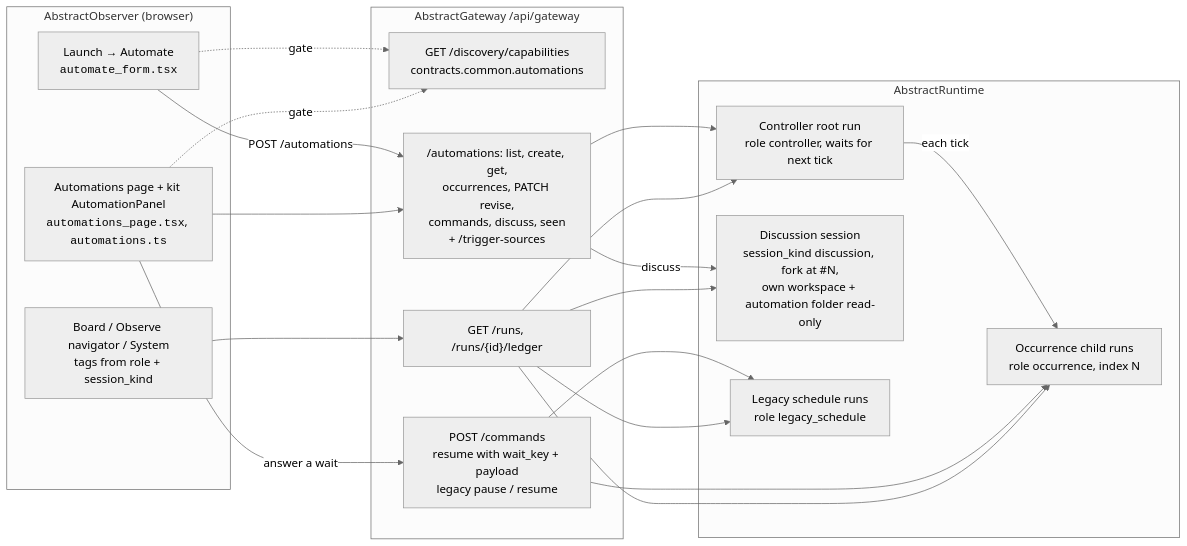
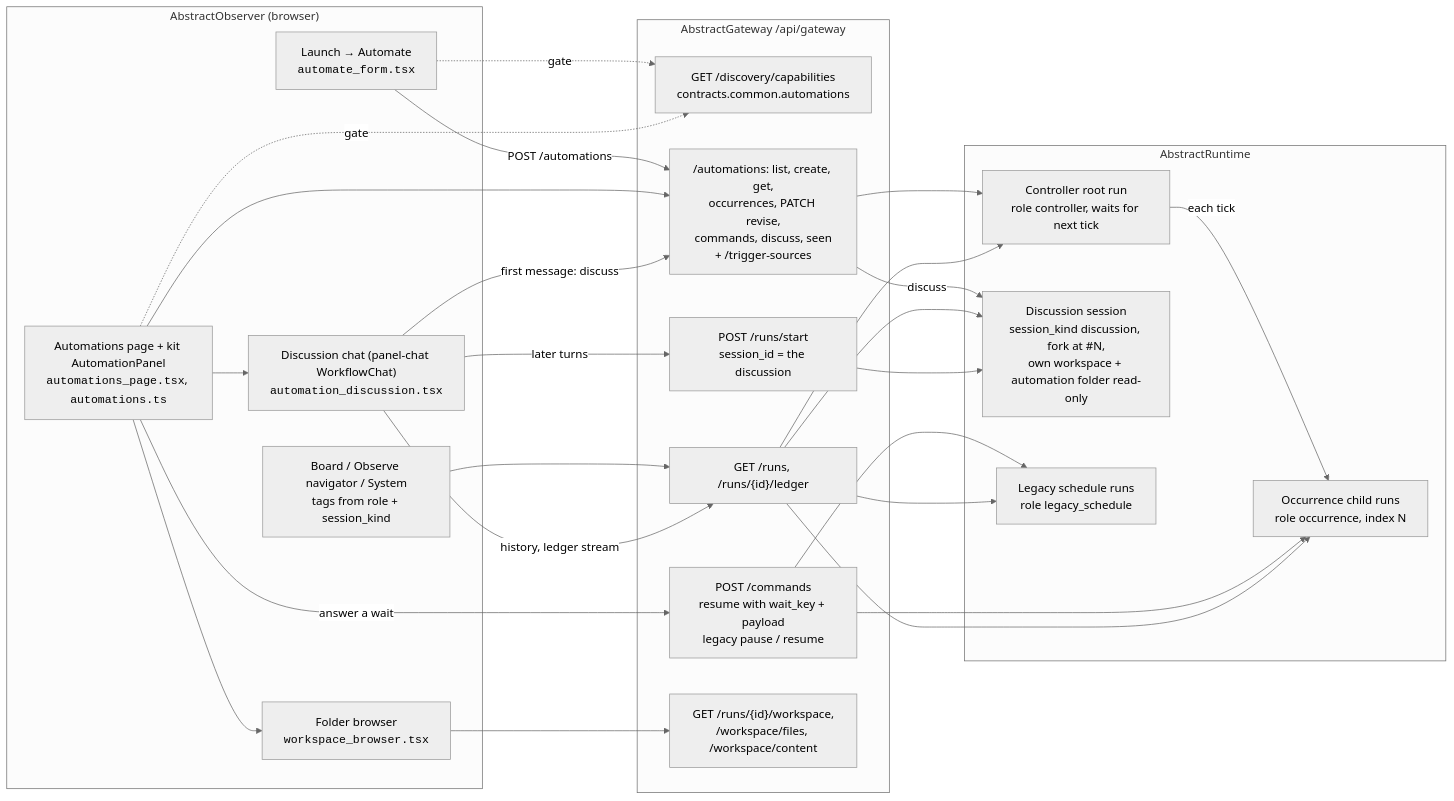
The third of 3 diagrams in docs/architecture.md (lpalbou/AbstractObserver), drawn with Mermaid (neutral theme) before and after one commit. The commit also changed other lines of this file and 9 other files, not shown here.

Commit message:
docs: automations Files browser, Discuss as an in-page chat, one context control, 50k-token history, error surfacing; CHANGELOG [Unreleased]; llms regen

````diff
--- a/docs/architecture.md
+++ b/docs/architecture.md
@@ -81,35 +83,46 @@
 ```mermaid
 flowchart LR
   subgraph OBS["AbstractObserver (browser)"]
     L["Launch → Automate<br/><code>automate_form.tsx</code>"]
     AP["Automations page + kit AutomationPanel<br/><code>automations_page.tsx</code>, <code>automations.ts</code>"]
     BV["Board / Observe navigator / System<br/>tags from role + session_kind"]
+    DC["Discussion chat (panel-chat WorkflowChat)<br/><code>automation_discussion.tsx</code>"]
+    WB["Folder browser<br/><code>workspace_browser.tsx</code>"]
   end
   subgraph GW["AbstractGateway /api/gateway"]
     CAP["GET /discovery/capabilities<br/>contracts.common.automations"]
     AUTO["/automations: list, create, get,<br/>occurrences, PATCH revise,<br/>commands, discuss, seen<br/>+ /trigger-sources"]
     CMD["POST /commands<br/>resume with wait_key + payload<br/>legacy pause / resume"]
     RUNS["GET /runs, /runs/{id}/ledger"]
+    START["POST /runs/start<br/>session_id = the discussion"]
+    WS["GET /runs/{id}/workspace,<br/>/workspace/files, /workspace/content"]
   end
   subgraph RT[AbstractRuntime]
     CTRL["Controller root run<br/>role controller, waits for next tick"]
     OCC["Occurrence child runs<br/>role occurrence, index N"]
     DISC["Discussion session<br/>session_kind discussion, fork at #N,<br/>own workspace + automation folder read-only"]
     LEG["Legacy schedule runs<br/>role legacy_schedule"]
   end
   L -->|POST /automations| AUTO
   AP --> AUTO
   AP -->|answer a wait| CMD
   L -. gate .-> CAP
   AP -. gate .-> CAP
   BV --> RUNS
   AUTO --> CTRL
   CTRL -->|each tick| OCC
   AUTO -->|discuss| DISC
   CMD --> OCC
   CMD --> LEG
   RUNS --> CTRL
   RUNS --> OCC
   RUNS --> DISC
+  AP --> DC
+  AP --> WB
+  DC -->|first message: discuss| AUTO
+  DC -->|later turns| START
+  DC -->|history, ledger stream| RUNS
+  START --> DISC
+  WB --> WS
   RUNS --> LEG
 ```
````
